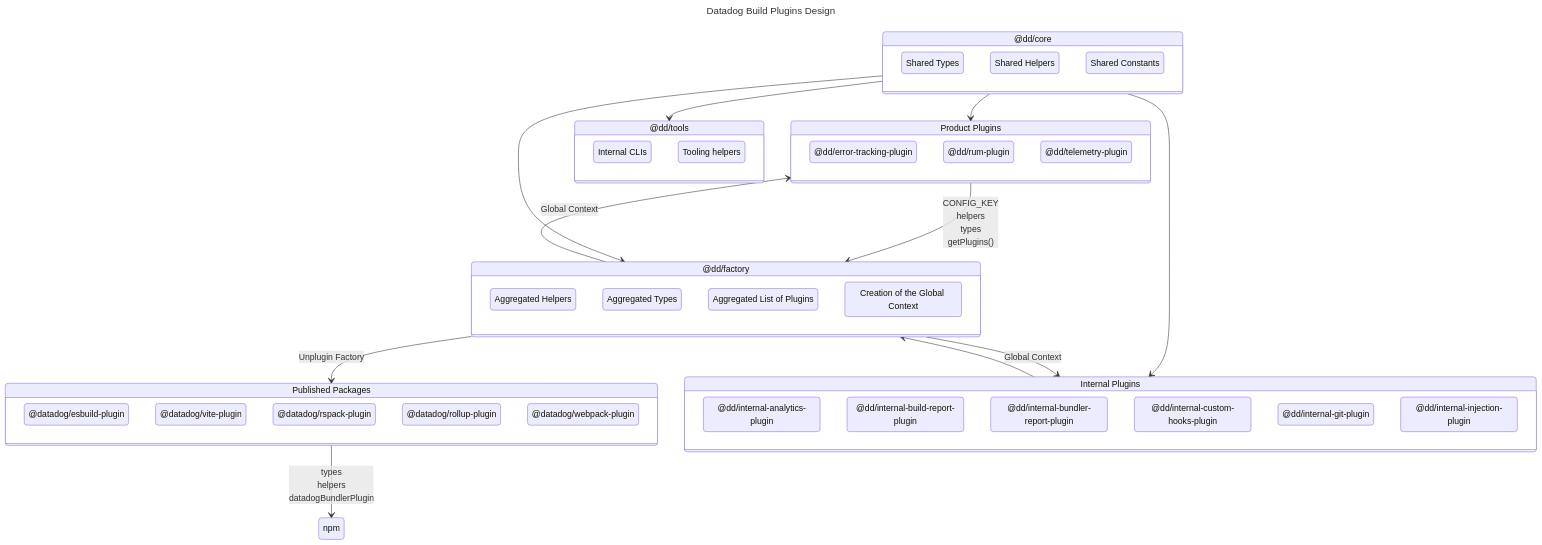
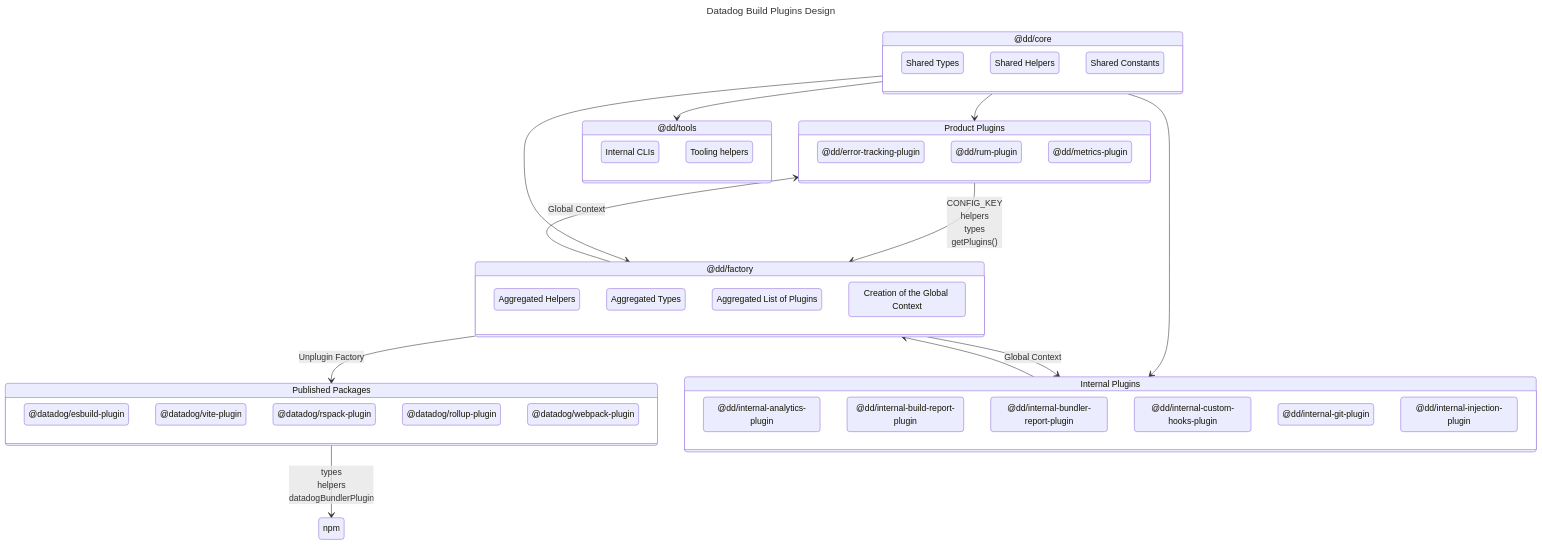
Before and after one commit to DataDog/build-plugins: the diagram in CONTRIBUTING.md, drawn with Mermaid. The commit also changed 42 other files, not shown here.

Commit message:
Rename the telemetry plugin into the metrics plugin

```diff
--- a/CONTRIBUTING.md
+++ b/CONTRIBUTING.md
@@ -98,7 +98,7 @@
     productPlugins: Product Plugins
     errorTrackingPlugin: @dd/error-tracking-plugin
     rumPlugin: @dd/rum-plugin
-    telemetryPlugin: @dd/telemetry-plugin
+    metricsPlugin: @dd/metrics-plugin
     esbuildplugin: @datadog/esbuild-plugin
     viteplugin: @datadog/vite-plugin
     rspackplugin: @datadog/rspack-plugin
@@ -150,7 +150,7 @@
     state productPlugins {
         errorTrackingPlugin
         rumPlugin
-        telemetryPlugin
+        metricsPlugin
     }
 
     state factory {
```
